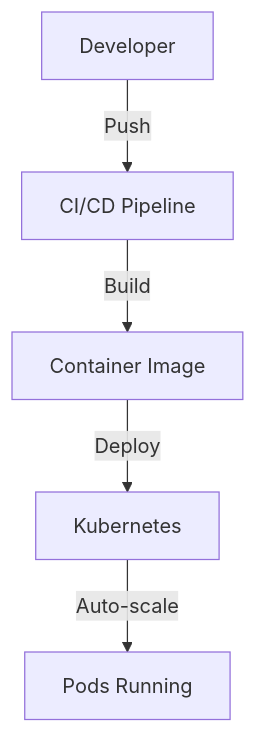
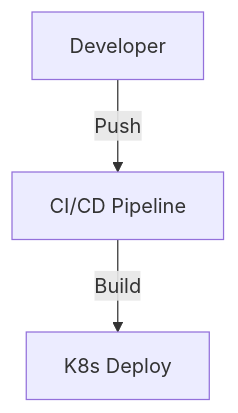
One commit to rh-mobb/rh-ai-deck-builder changed the second of 3 diagrams in theme/slides.md. Above: the diagram before and after it, drawn with Mermaid. The commit also changed other lines of this file, not shown here.

````diff
--- a/theme/slides.md
+++ b/theme/slides.md
@@ -95,7 +93,5 @@
 ```mermaid
 graph TD
     A[Developer] -->|Push| B[CI/CD Pipeline]
-    B -->|Build| C[Container Image]
-    C -->|Deploy| D[Kubernetes]
-    D -->|Auto-scale| E[Pods Running]
+    B -->|Build| C[K8s Deploy]
 ```
````
